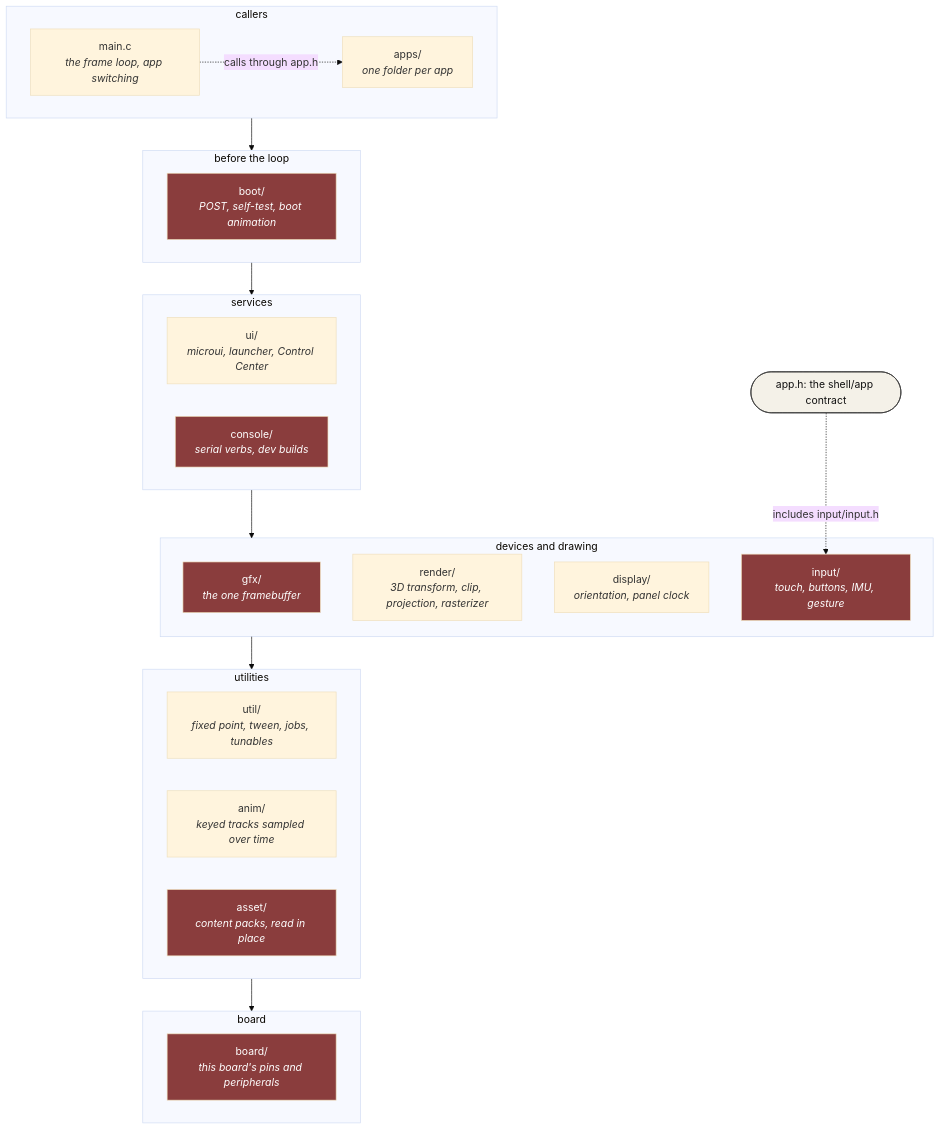
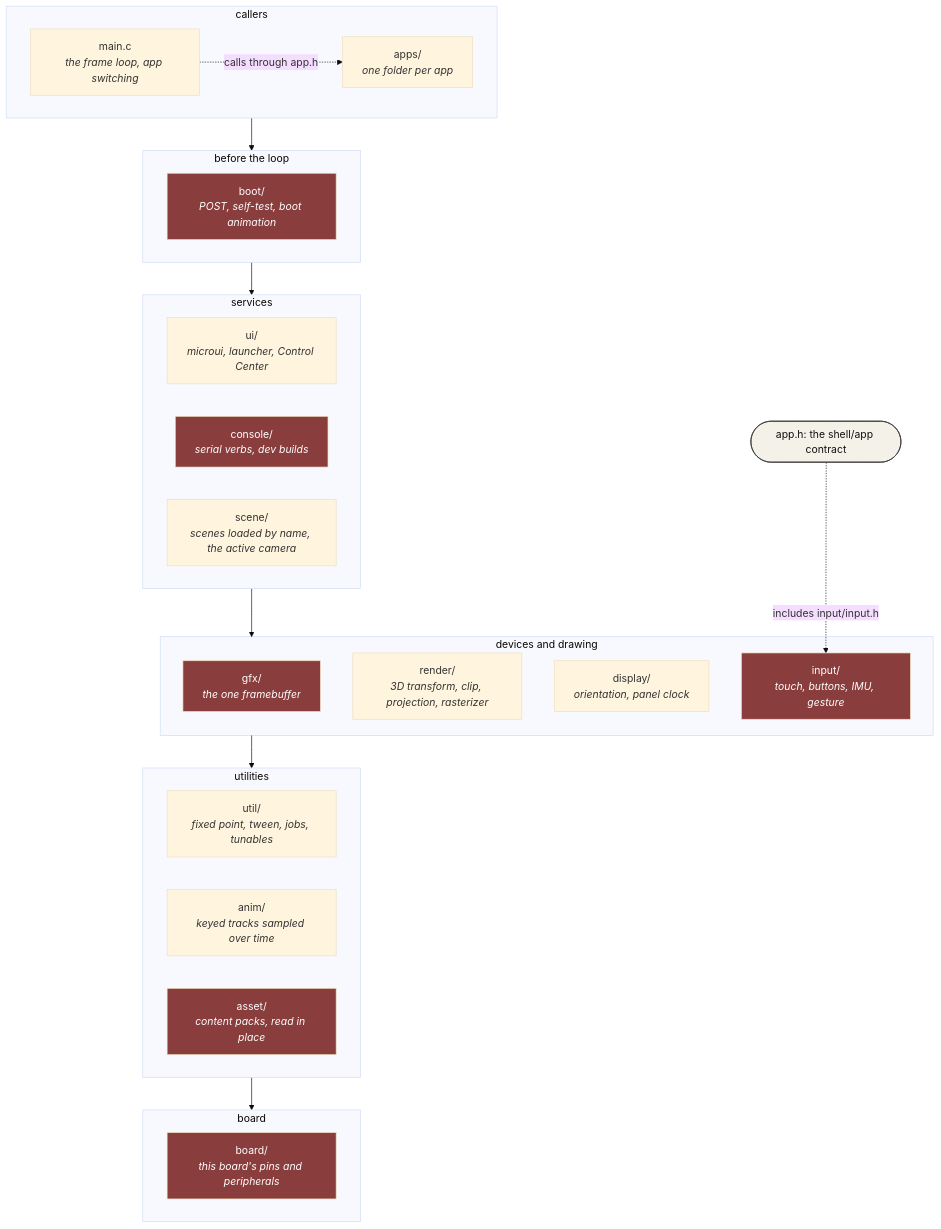
One commit to jose-villegas/autana changed the first of 4 diagrams in docs/Firmware-Architecture.md. Above: the diagram before and after it, drawn with Mermaid (base theme). The commit also changed other lines of this file and 30 other files, not shown here.

First line of the commit message:
scene: a scene manager the shell drives, with packed component arrays and one active camera

````diff
--- a/docs/Firmware-Architecture.md
+++ b/docs/Firmware-Architecture.md
@@ -46,36 +46,37 @@
 ```mermaid
 flowchart TB
     classDef hw fill:#8a3d3d,color:#fff
     classDef contract fill:#f4f1e8,stroke:#333,stroke-width:1px,color:#111
 
     subgraph R1["callers"]
         Apps["apps/<br/><i>one folder per app</i>"]
         Main["main.c<br/><i>the frame loop, app switching</i>"]
     end
     subgraph R3["before the loop"]
         Boot["boot/<br/><i>POST, self-test, boot animation</i>"]:::hw
     end
     subgraph R4["services"]
         Ui["ui/<br/><i>microui, launcher, Control Center</i>"]
         Console["console/<br/><i>serial verbs, dev builds</i>"]:::hw
+        Scene["scene/<br/><i>scenes loaded by name, the active camera</i>"]
     end
     subgraph R5["devices and drawing"]
         Gfx["gfx/<br/><i>the one framebuffer</i>"]:::hw
         Render["render/<br/><i>3D transform, clip, projection, rasterizer</i>"]
         Display["display/<br/><i>orientation, panel clock</i>"]
         Input["input/<br/><i>touch, buttons, IMU, gesture</i>"]:::hw
     end
     subgraph R6["utilities"]
         Util["util/<br/><i>fixed point, tween, jobs, tunables</i>"]
         Anim["anim/<br/><i>keyed tracks sampled over time</i>"]
         Asset["asset/<br/><i>content packs, read in place</i>"]:::hw
     end
     subgraph R7["board"]
         Board["board/<br/><i>this board's pins and peripherals</i>"]:::hw
     end
 
     R1 --> R3 --> R4 --> R5 --> R6 --> R7
     Contract(["app.h: the shell/app contract"]):::contract
     Main -.->|"calls through app.h"| Apps
     Contract -.->|"includes input/input.h"| Input
 ```
````
